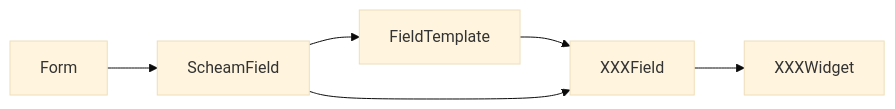
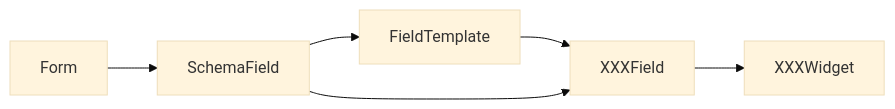
Before and after one commit to xnightsky/xantd-rjsf: the diagram in doc/阅读随想.md, drawn with Mermaid (base theme). The commit also changed other lines of this file, not shown here.

````diff
--- a/doc/阅读随想.md
+++ b/doc/阅读随想.md
@@ -11,8 +11,8 @@
    ```mermaid
    graph LR
-   Form --> ScheamField
-   ScheamField --> FieldTemplate
+   Form --> SchemaField
+   SchemaField --> FieldTemplate
    FieldTemplate --> XXXField
-   ScheamField --> XXXField
+   SchemaField --> XXXField
    XXXField --> XXXWidget
    ```
````
